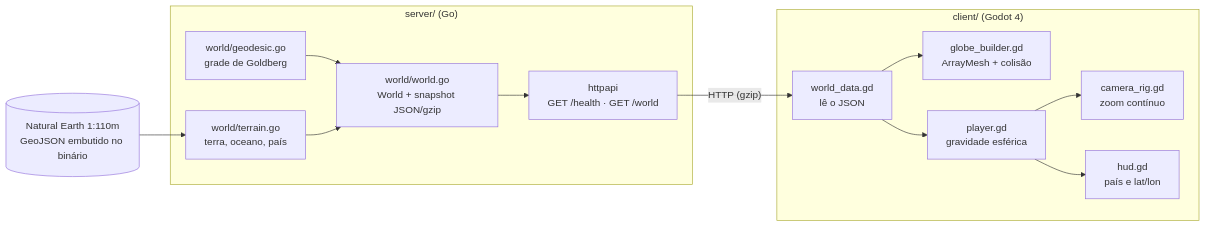
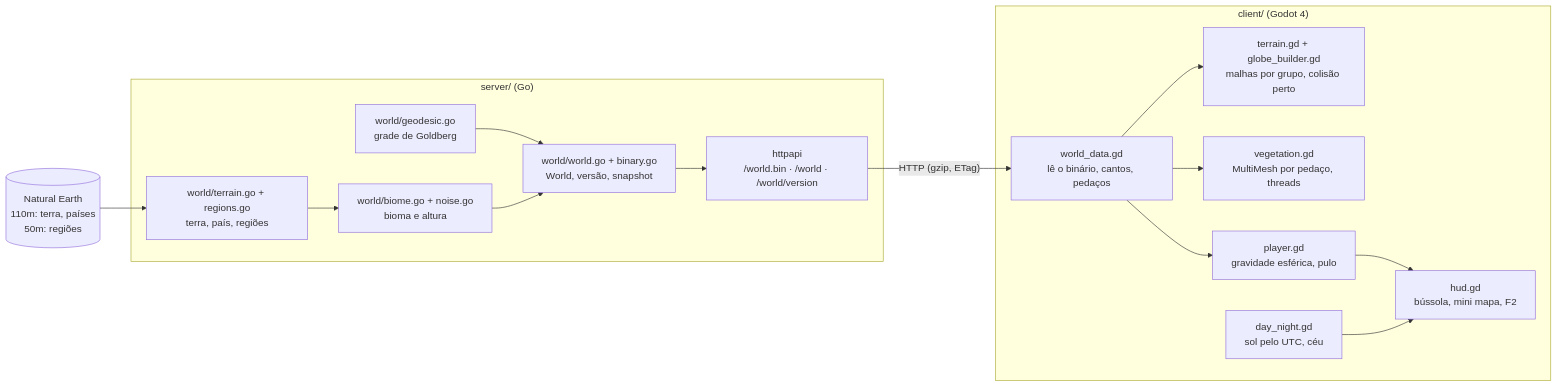
The diagram in docs/ARQUITETURA.md (Dustyluc123/goblo), drawn with Mermaid before and after one commit. The commit also changed other lines of this file and 23 other files, not shown here.

````diff
--- a/docs/ARQUITETURA.md
+++ b/docs/ARQUITETURA.md
@@ -5,26 +5,29 @@
 ```mermaid
 flowchart LR
-    ne[("Natural Earth 1:110m<br/>GeoJSON embutido no binário")]
+    ne[("Natural Earth<br/>110m: terra, países<br/>50m: regiões")]
     subgraph server["server/ (Go)"]
         geo["world/geodesic.go<br/>grade de Goldberg"]
-        ter["world/terrain.go<br/>terra, oceano, país"]
-        wld["world/world.go<br/>World + snapshot JSON/gzip"]
-        api["httpapi<br/>GET /health · GET /world"]
+        ter["world/terrain.go + regions.go<br/>terra, país, regiões"]
+        bio["world/biome.go + noise.go<br/>bioma e altura"]
+        wld["world/world.go + binary.go<br/>World, versão, snapshot"]
+        api["httpapi<br/>/world.bin · /world · /world/version"]
     end
     subgraph client["client/ (Godot 4)"]
-        wd["world_data.gd<br/>lê o JSON"]
-        gb["globe_builder.gd<br/>ArrayMesh + colisão"]
-        pl["player.gd<br/>gravidade esférica"]
-        cam["camera_rig.gd<br/>zoom contínuo"]
-        hud["hud.gd<br/>país e lat/lon"]
+        wd["world_data.gd<br/>lê o binário, cantos, pedaços"]
+        tr["terrain.gd + globe_builder.gd<br/>malhas por grupo, colisão perto"]
+        vg["vegetation.gd<br/>MultiMesh por pedaço, threads"]
+        pl["player.gd<br/>gravidade esférica, pulo"]
+        dn["day_night.gd<br/>sol pelo UTC, céu"]
+        hud["hud.gd<br/>bússola, mini mapa, F2"]
     end
     ne --> ter
     geo --> wld
-    ter --> wld
+    ter --> bio --> wld
     wld --> api
-    api -- "HTTP (gzip)" --> wd
-    wd --> gb
+    api -- "HTTP (gzip, ETag)" --> wd
+    wd --> tr
+    wd --> vg
     wd --> pl
-    pl --> cam
     pl --> hud
+    dn --> hud
 ```
````
